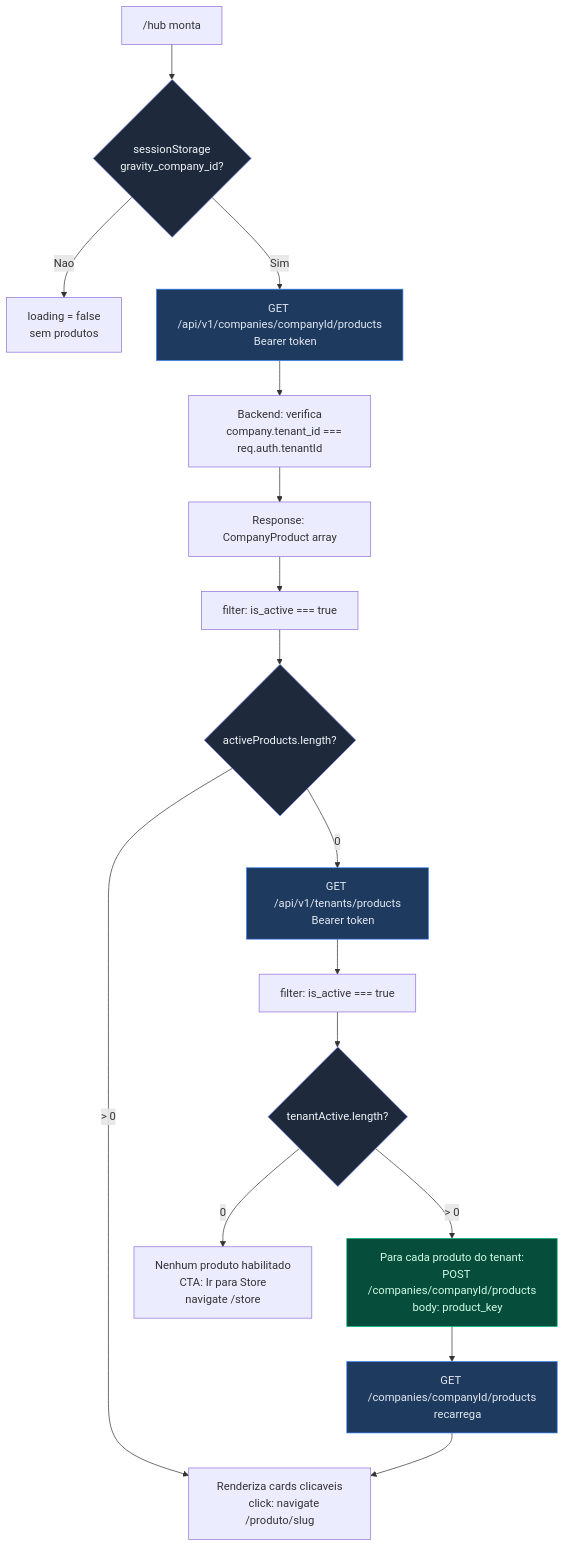
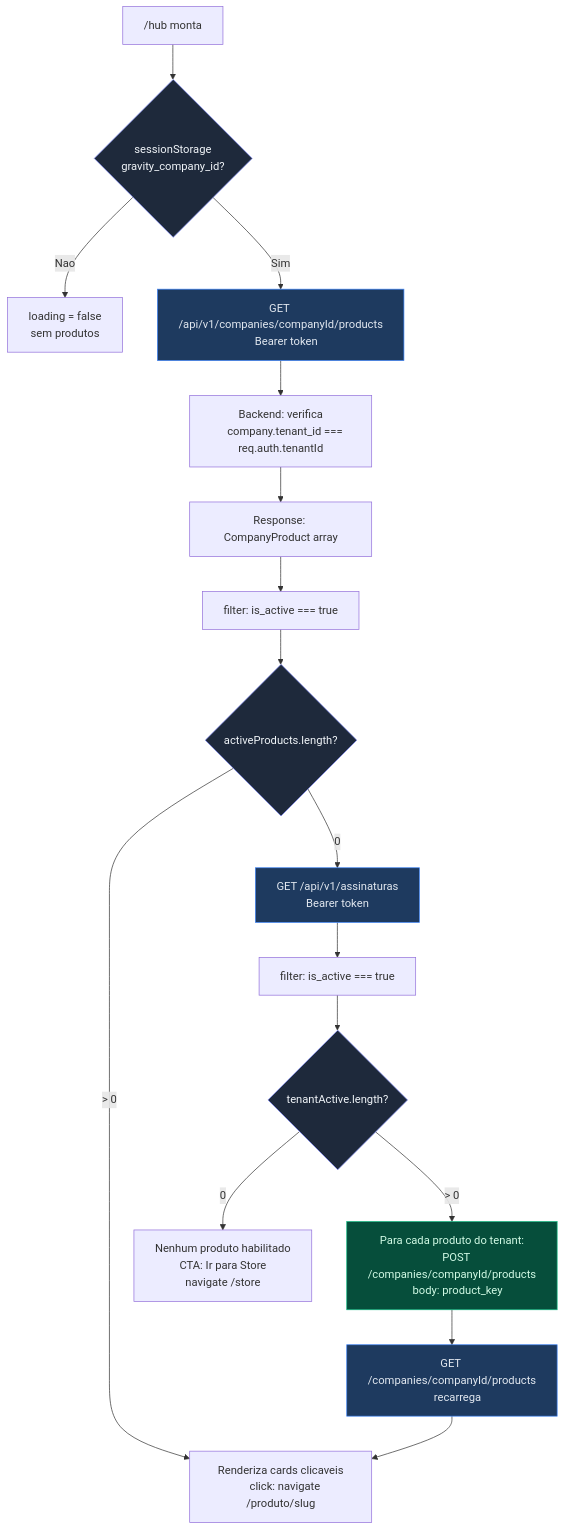
One commit to kamilaestevam/gravity-antigravity changed the fifth of 10 diagrams in documentos-tecnicos/produto/fluxo-tecnico-completo.md. Above: the diagram before and after it, drawn with Mermaid. The commit also changed other lines of this file and 4 other files, not shown here.

````diff
--- a/documentos-tecnicos/produto/fluxo-tecnico-completo.md
+++ b/documentos-tecnicos/produto/fluxo-tecnico-completo.md
@@ -219,44 +219,44 @@
 ```mermaid
 flowchart TD
     HUB["/hub monta"] --> CHECK_SS{"sessionStorage
     gravity_company_id?"}
 
     CHECK_SS -->|Nao| NO_COMPANY["loading = false
     sem produtos"]
     CHECK_SS -->|Sim| FETCH_CP["GET /api/v1/companies/companyId/products
     Bearer token"]
 
     FETCH_CP --> VERIFY["Backend: verifica
     company.tenant_id === req.auth.tenantId"]
     VERIFY --> RES_CP["Response: CompanyProduct array"]
 
     RES_CP --> FILTER["filter: is_active === true"]
     FILTER --> HAS_CP{"activeProducts.length?"}
 
     HAS_CP -->|"> 0"| RENDER["Renderiza cards clicaveis
     click: navigate /produto/slug"]
 
-    HAS_CP -->|"0"| FETCH_TP["GET /api/v1/tenants/products
+    HAS_CP -->|"0"| FETCH_TP["GET /api/v1/assinaturas
     Bearer token"]
     FETCH_TP --> FILTER_TP["filter: is_active === true"]
     FILTER_TP --> HAS_TP{"tenantActive.length?"}
 
     HAS_TP -->|"> 0"| AUTO["Para cada produto do tenant:
     POST /companies/companyId/products
     body: product_key"]
     AUTO --> REFRESH["GET /companies/companyId/products
     recarrega"]
     REFRESH --> RENDER
 
     HAS_TP -->|"0"| EMPTY["Nenhum produto habilitado
     CTA: Ir para Store
     navigate /store"]
 
     classDef decision fill:#1e293b,stroke:#818cf8,color:#f1f5f9
     classDef api fill:#1e3a5f,stroke:#3b82f6,color:#e2e8f0
     classDef auto fill:#064e3b,stroke:#10b981,color:#d1fae5
 
     class CHECK_SS,HAS_CP,HAS_TP decision
     class FETCH_CP,FETCH_TP,AUTO,REFRESH api
     class AUTO auto
 ```
````
